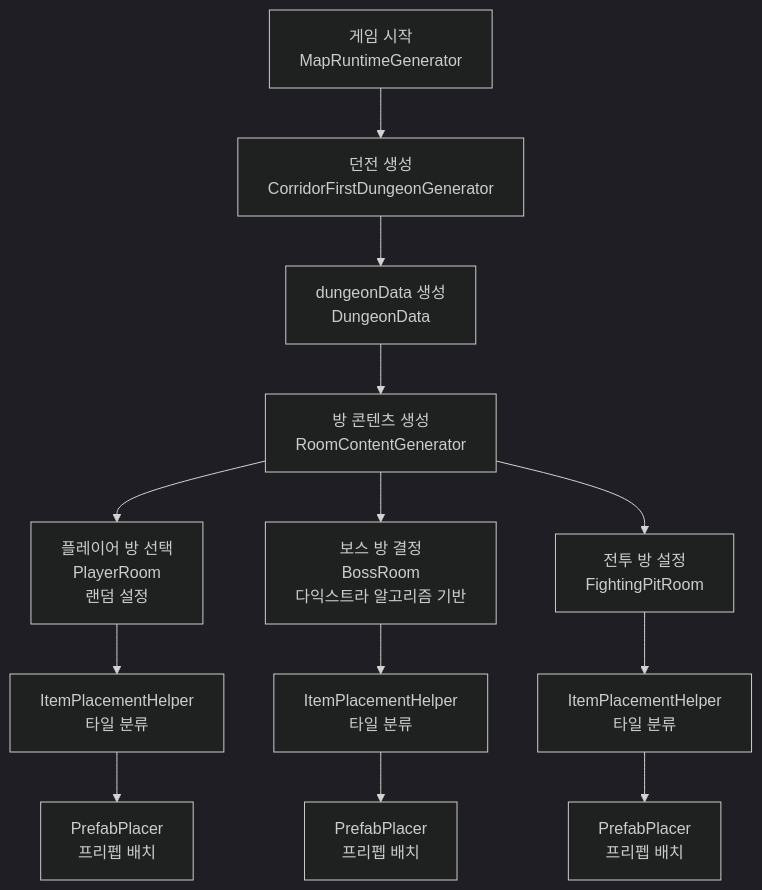
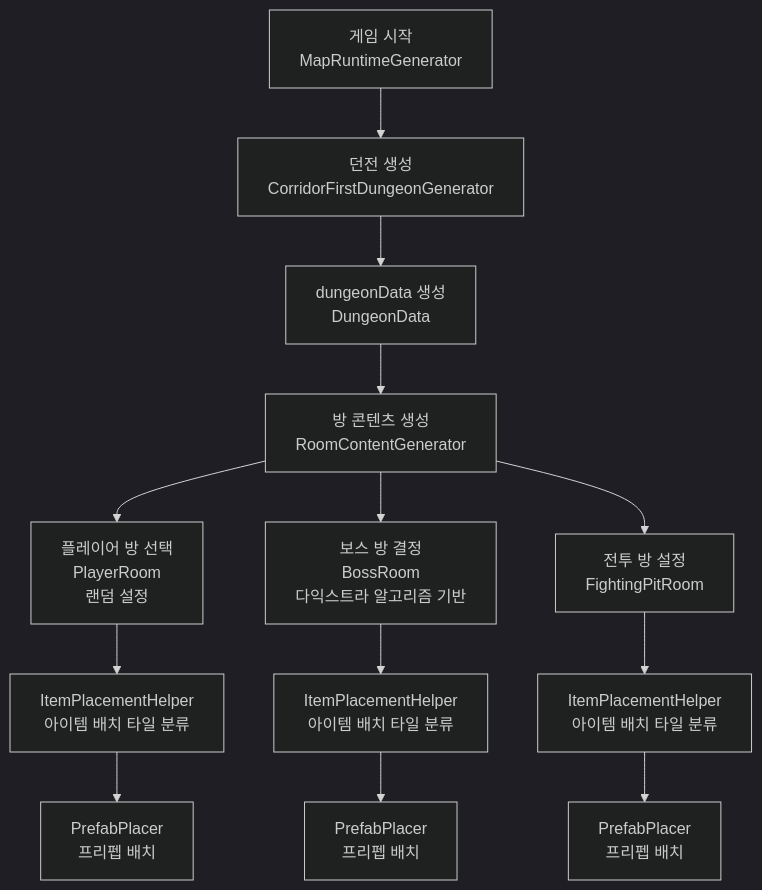
One commit to sul1074/PlaugeBorn changed the diagram in README.md. Above: the diagram before and after it, drawn with Mermaid (dark theme).

````diff
--- a/README.md
+++ b/README.md
@@ -89,15 +89,15 @@
 ```mermaid
 flowchart TD
     A[게임 시작<br>MapRuntimeGenerator] --> B[던전 생성<br>CorridorFirstDungeonGenerator]
     B --> C[dungeonData 생성<br>DungeonData]
     C --> D[방 콘텐츠 생성<br>RoomContentGenerator]
     D --> E1[플레이어 방 선택<br>PlayerRoom<br>랜덤 설정]
     D --> E2[보스 방 결정<br>BossRoom<br>다익스트라 알고리즘 기반]
     D --> E3[전투 방 설정<br>FightingPitRoom<br>]
-    E1 --> F1[ItemPlacementHelper<br>타일 분류]
-    E2 --> F2[ItemPlacementHelper<br>타일 분류]
-    E3 --> F3[ItemPlacementHelper<br>타일 분류]
+    E1 --> F1[ItemPlacementHelper<br>아이템 배치 타일 분류]
+    E2 --> F2[ItemPlacementHelper<br>아이템 배치 타일 분류]
+    E3 --> F3[ItemPlacementHelper<br>아이템 배치 타일 분류]
     F1 --> G1[PrefabPlacer<br>프리펩 배치]
     F2 --> G2[PrefabPlacer<br>프리펩 배치]
     F3 --> G3[PrefabPlacer<br>프리펩 배치]
 ```
````
